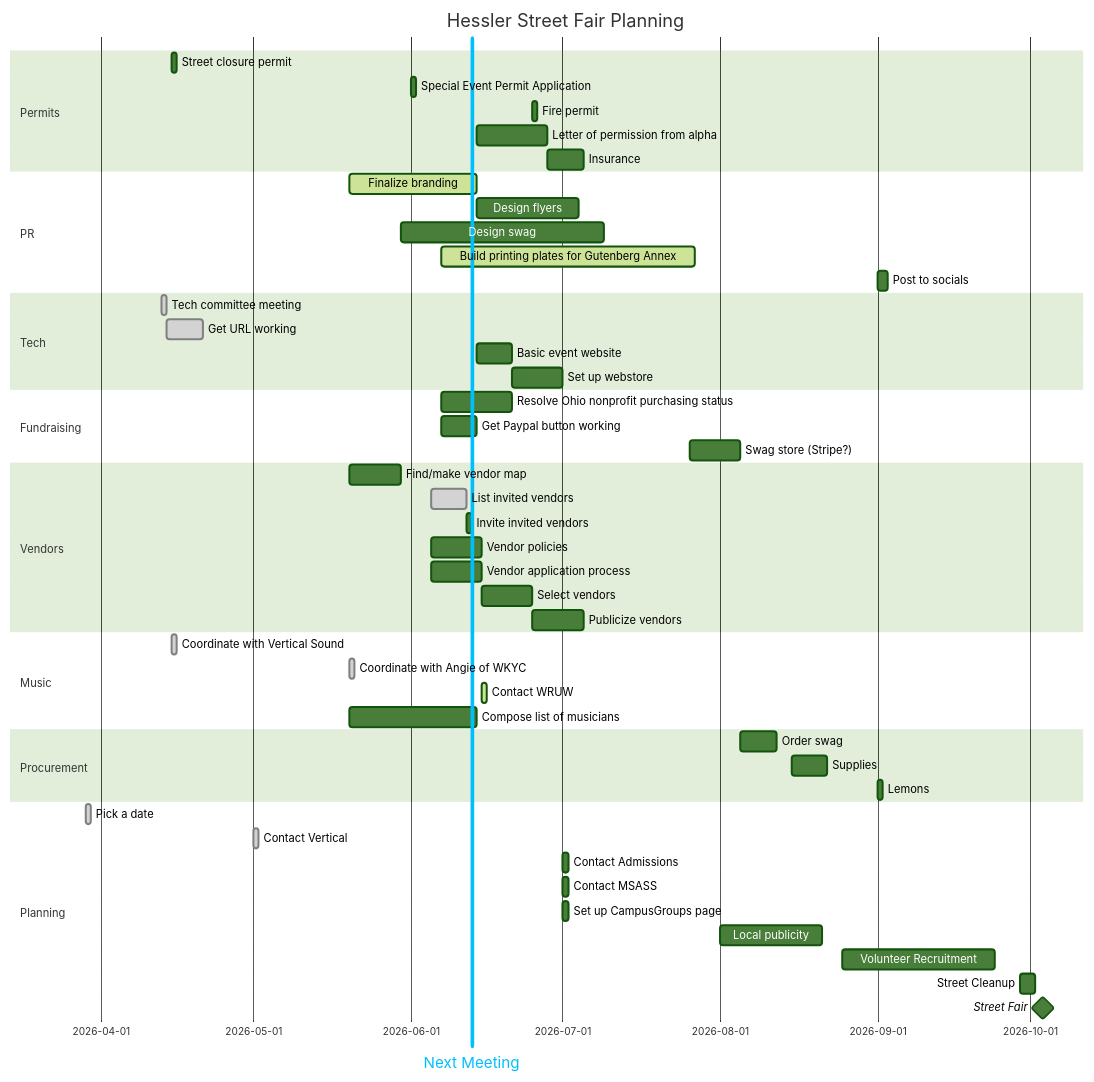
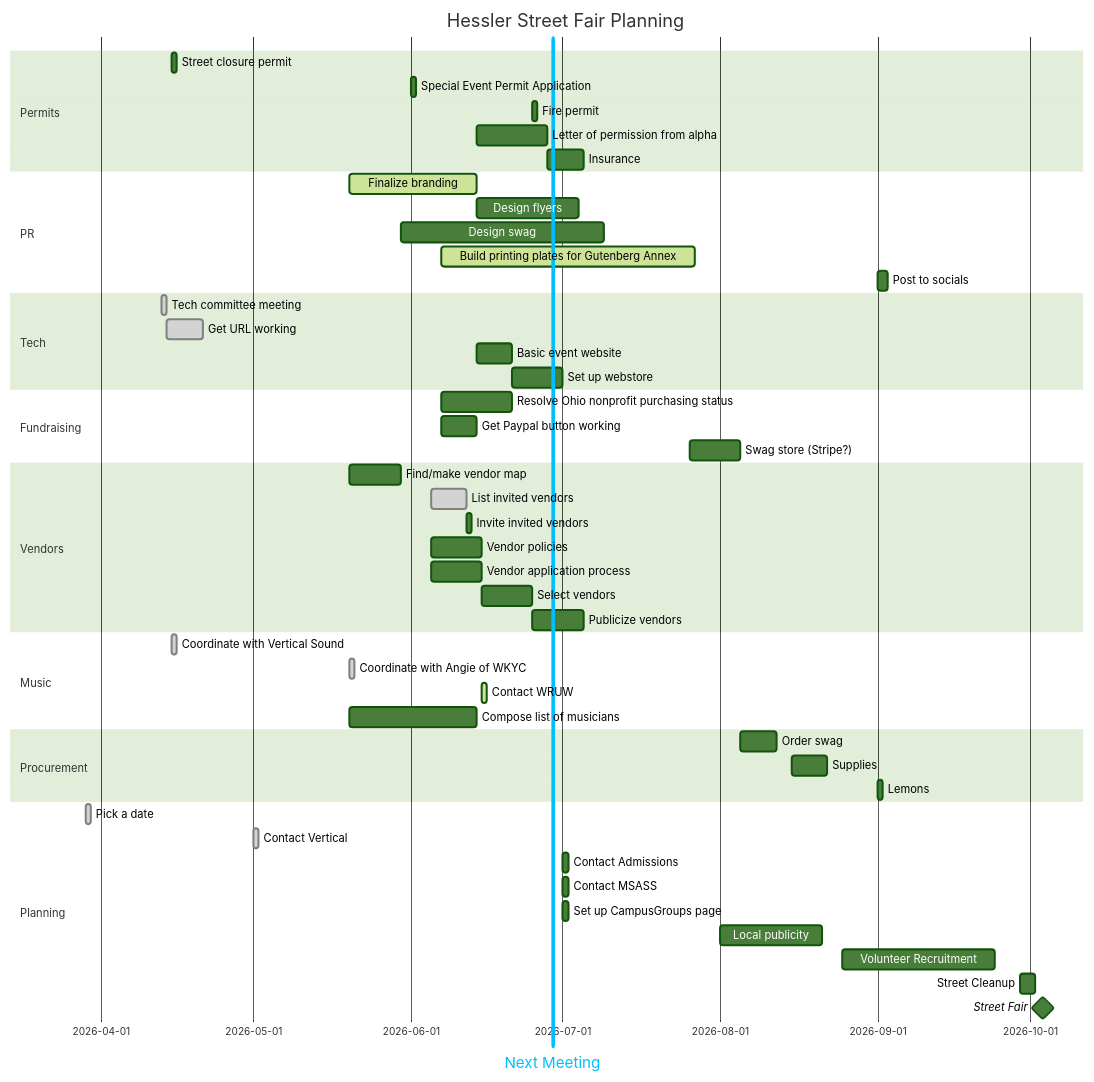
The first of 2 diagrams in files/fairplan.md (KCollins/KCollins.github.io), drawn with Mermaid before and after one commit.

````diff
--- a/files/fairplan.md
+++ b/files/fairplan.md
@@ -1,58 +1,58 @@
 ```mermaid
 %%{init: {'theme': 'forest'}}%%
 gantt
     title  Hessler Street Fair Planning
     dateFormat YYYY-MM-DD
     section Permits
             Street closure permit    :streetpermit, 2026-04-15, 1d
             Special Event Permit Application    :eventpermit, 2026-06-01, 1d
             Fire permit    :firepermit, after vendorselect eventpermit, 1d
             Letter of permission from alpha: alphaletter, 2026-06-14, 14d
             Insurance: insurance, after alphaletter, 7d
 
     section PR
             Finalize branding :active, brand, 2026-05-20, 25d
             %% Reminder: get binder back from Zoe!
             Design flyers : flyers, after brand, 20d
             Design swag    : designswag, 2026-05-30, 40d
             Build printing plates for Gutenberg Annex: active, 3dplates, 2026-06-07, 50d
             Post to socials: socials, 2026-09-01, 2d
     section Tech
             Tech committee meeting: done, techmeet, 2026-04-13, 1d
             Get URL working:done, url, after techmeet, 7d
             Basic event website: basicsite, after brand, 7d
             Set up webstore: webstore, after basicsite, 10d
     section Fundraising
             Resolve Ohio nonprofit purchasing status: nonprofitstatus, 2026-06-07, 14d
             Get Paypal button working: paypal, 2026-06-07, 7d
             Swag store (Stripe?)    :swagstore, after designswag webstore swag, 10d
     section Vendors
             Find/make vendor map: vendormap, 2026-05-20, 10d
             List invited vendors: done, invitelist, 2026-06-05, 7d
             Invite invited vendors: invite, after invitelist eventpermit, 1d
             Vendor policies: policy, 2026-06-05, 10d
             Vendor application process: vendorapp, 2026-06-05, 10d
             Select vendors: vendorselect, after invitelist vendorapp, 10d
             Publicize vendors: vendor-announce, after vendorselect, 10d
     section Music
             Coordinate with Vertical Sound    :done, vertical, 2026-04-15, 1d
             Coordinate with Angie of WKYC    : done, wkyc, 2026-05-20, 1d
             Contact WRUW:active,  wruw, 2026-06-15, 1d
             Compose list of musicians: musiclist, 2026-05-20, 25d
     section Procurement
             Order swag:   swag, after swagstore, 7d
             Supplies: supplies, 2026-08-15, 7d
             Lemons: lemons, 2026-09-01, 1d
     section Planning
             Pick a date :done, pick, 2026-03-29, 1d
-            Next Meeting :vert, v1, 2026-06-13, 0d
+            Next Meeting :vert, v1, 2026-06-29, 0d
             Contact Vertical: done, vertical, 2026-05-01, 1d
             Contact Admissions: admissions, 2026-07-01, 1d
             Contact MSASS: msass, 2026-07-01, 1d
             Set up CampusGroups page: campusgroups, 2026-07-01, 1d
             Local publicity: publicize, 2026-08-01, 20d
             Volunteer Recruitment: recruit, 2026-08-25, 30d
             Street Cleanup: cleanup, 2026-09-29, 3d
             Street Fair        :milestone, streetfair, 2026-10-03, 1d
 
 ```
````
